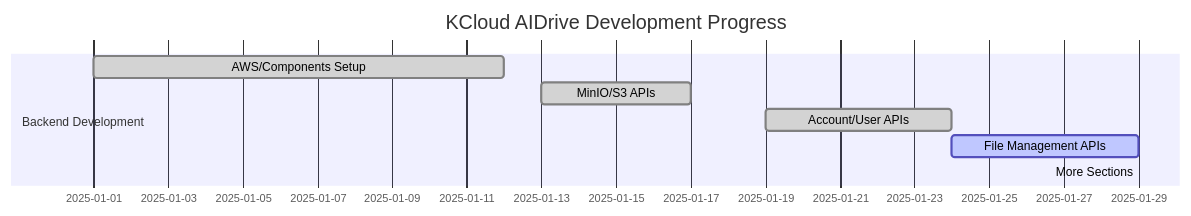
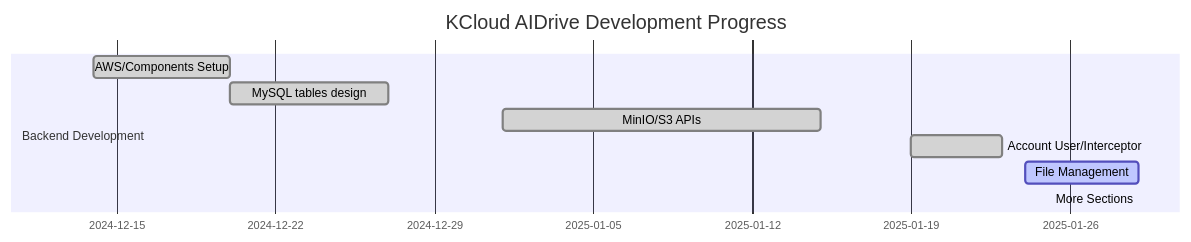
One commit to kaikang-sde/kcloud_aidrive changed the first of 2 diagrams in README.md. Above: the diagram before and after it, drawn with Mermaid.

Commit message:
update gantt

````diff
--- a/README.md
+++ b/README.md
@@ -26,16 +26,17 @@
 ```mermaid
 gantt
     title KCloud AIDrive Development Progress
     dateFormat  YYYY-MM-DD
     section Backend Development
-      AWS/Components Setup                   :done, setup, 2025-01-01, 2025-01-12
-      MinIO/S3 APIs           :done, s3, 2025-01-13, 2025-01-17
-      Account/User APIs       :done, users, 2025-01-19, 2025-01-24
-      File Management APIs    :active, files, 2025-01-24, 5d
-      More Sections           : after files
+      AWS/Components Setup                :done, setup, 2024-12-14, 2024-12-20
+      MySQL tables design                 :done, db, 2024-12-20, 2024-12-27
+      MinIO/S3 APIs                       :done, s3, 2025-01-01, 2025-01-15
+      Account User/Interceptor            :done, users, 2025-01-19, 2025-01-23
+      File Management                     :active, files, 2025-01-24, 5d
+      More Sections                       :after files
     section Frontend Development
         
     section AI Model Development
 
     section Deployment & Optimization
 ```
````
